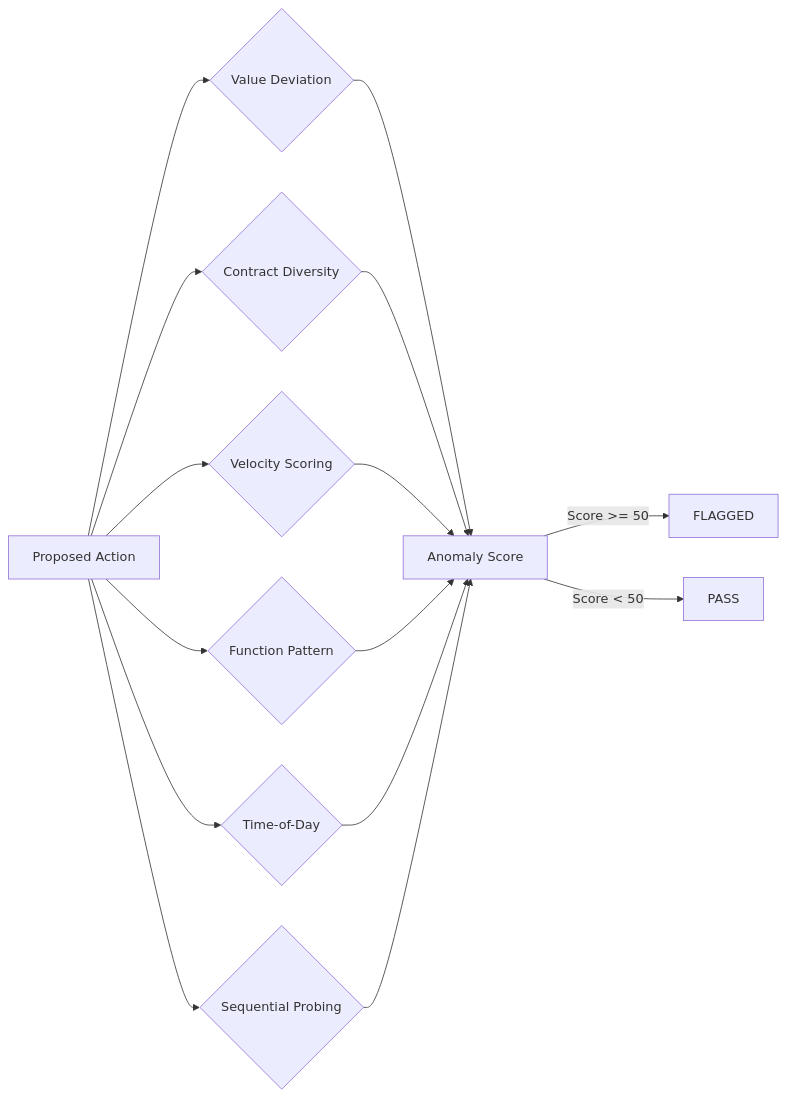
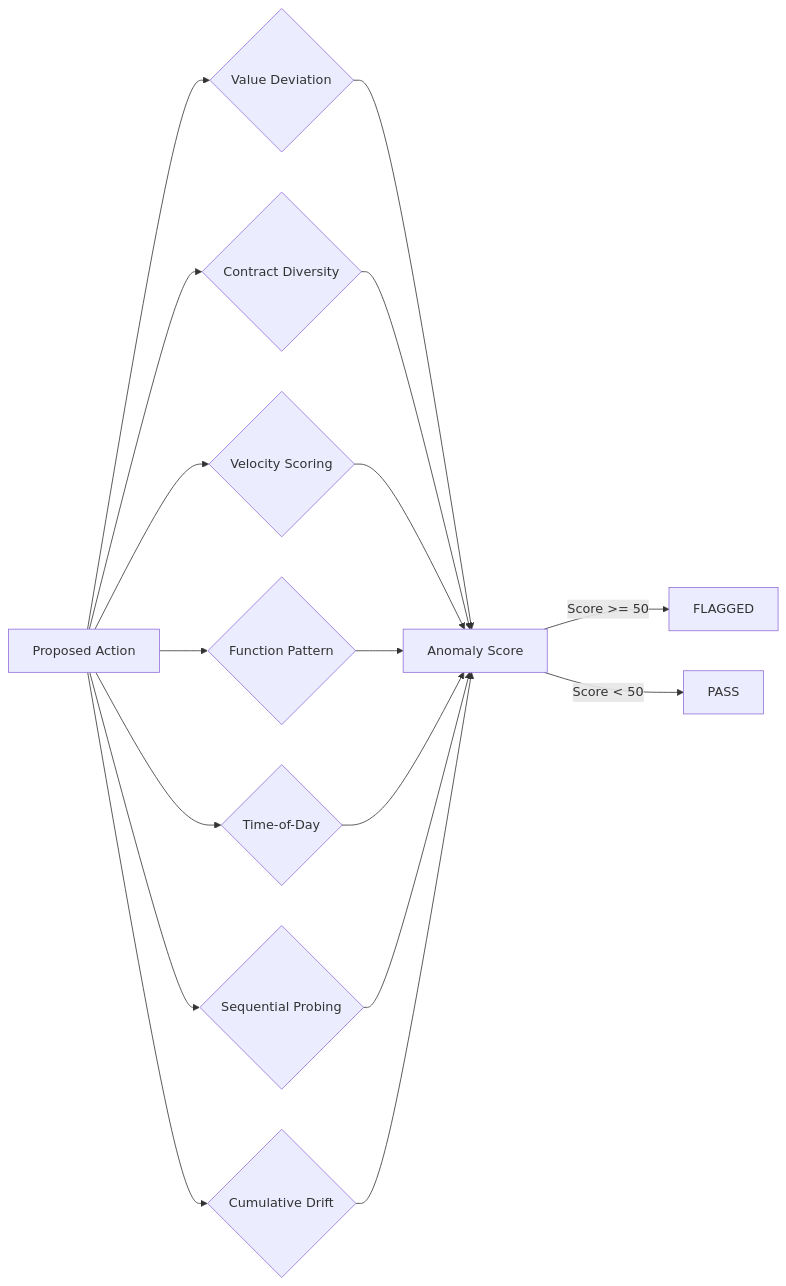
Before and after one commit to ProjectWaja/SentinelCRE: the second of 6 diagrams in docs/ARCHITECTURE.md, drawn with Mermaid. The commit also changed other lines of this file and 4 other files, not shown here.

````diff
--- a/docs/ARCHITECTURE.md
+++ b/docs/ARCHITECTURE.md
@@ -58,19 +58,21 @@
 ```mermaid
 graph LR
     A[Proposed Action] --> B{Value Deviation}
     A --> C{Contract Diversity}
     A --> D{Velocity Scoring}
     A --> E{Function Pattern}
     A --> F{Time-of-Day}
     A --> G{Sequential Probing}
-    
+    A --> K{Cumulative Drift}
+
     B --> H[Anomaly Score]
     C --> H
     D --> H
     E --> H
     F --> H
     G --> H
-    
+    K --> H
+
     H -->|Score >= 50| I[FLAGGED]
     H -->|Score < 50| J[PASS]
 ```
````
